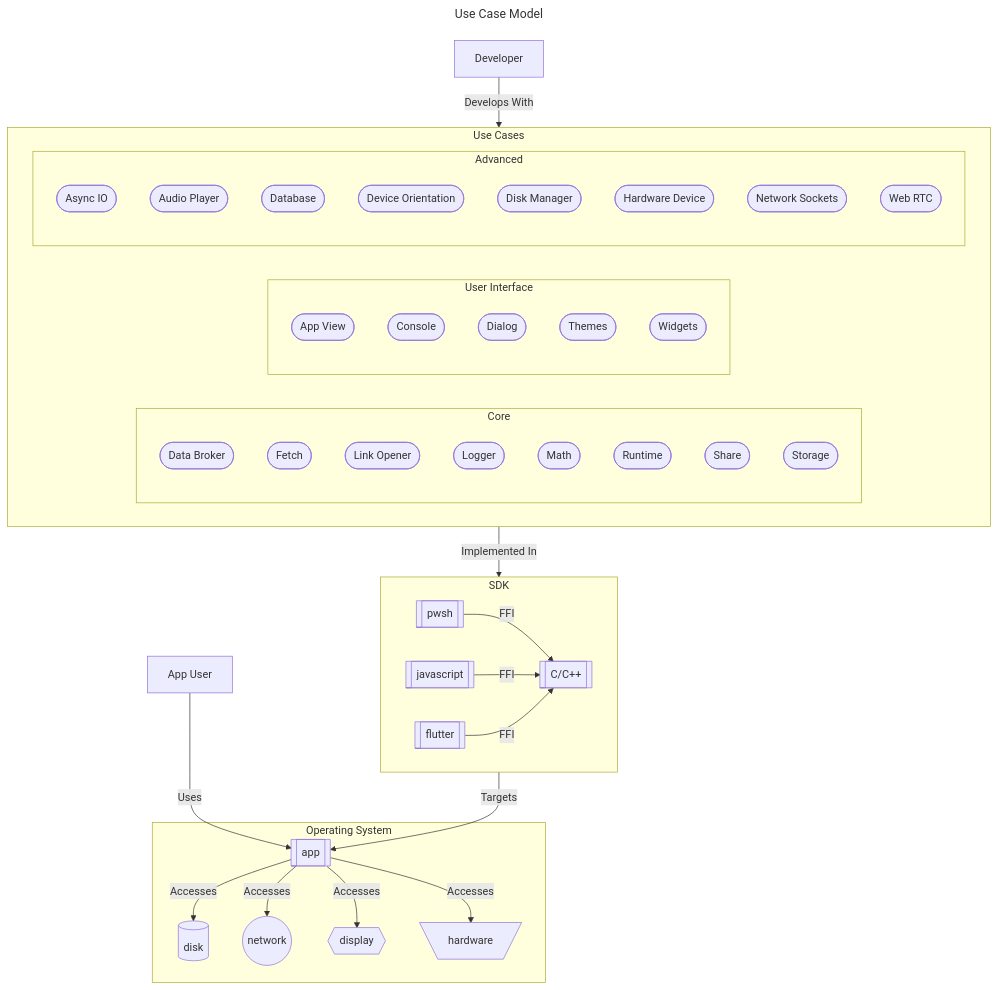
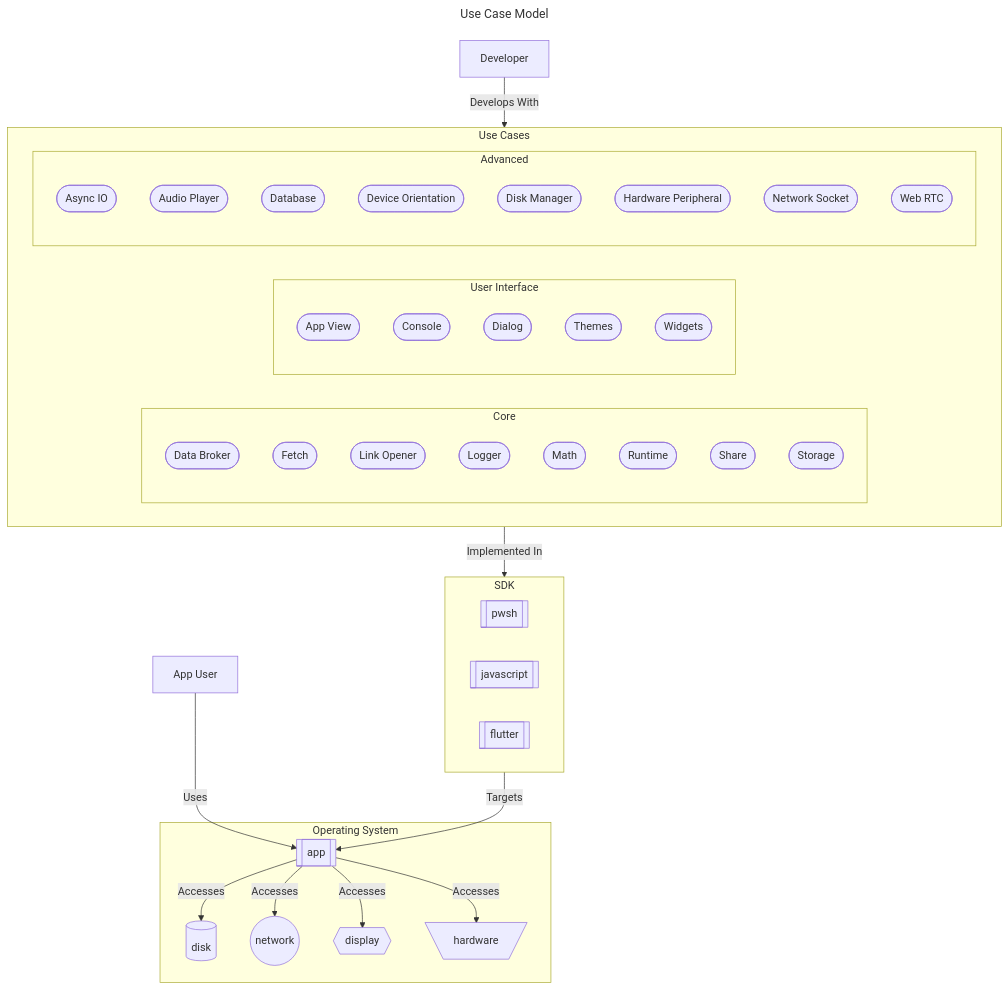
Before and after one commit to CodeMelted/codemelted_developer: the diagram in README.md, drawn with Mermaid. The commit also changed other lines of this file and 9 other files, not shown here.

````diff
--- a/README.md
+++ b/README.md
@@ -37,59 +37,55 @@
 ```mermaid
 ---
 title: Use Case Model
 ---
 flowchart TD
     subgraph ucModel[Use Cases]
         subgraph Core
             ucDataBroker([Data Broker])
             ucFetch([Fetch])
             ucLinkOpener([Link Opener])
             ucLogger([Logger])
             ucMath([Math])
             ucRuntime([Runtime])
             ucShare([Share])
             ucStorage([Storage])
         end
         subgraph User Interface
             ucAppView([App View])
             ucConsole([Console])
             ucDialog([Dialog])
             ucThemes([Themes])
             ucWidgets([Widgets])
         end
         subgraph Advanced
             ucAsyncIO([Async IO])
             ucAudioPlayer([Audio Player])
             ucDatabase([Database])
             ucDeviceOrientation([Device Orientation])
             ucDiskManager([Disk Manager])
-            ucHardwareDevice([Hardware Device])
-            ucNetworkSockets([Network Sockets])
+            ucHardwarePeripheral([Hardware Peripheral])
+            ucNetworkSocket([Network Socket])
             ucWebRTC([Web RTC])
         end
     end
     subgraph sdk[SDK]
         pwsh[[pwsh]]
         javascript[[javascript]]
         flutter[[flutter]]
-        C[[C/C++]]
     end
     subgraph os[Operating System]
         app[[app]]
         disk[(disk)]
         network((network))
         display{{display}}
         hardware[\hardware/]
     end
     Developer--Develops With-->ucModel
-    pwsh--FFI-->C
-    javascript--FFI-->C
-    flutter--FFI-->C
     ucModel--Implemented In-->sdk
     sdk--Targets-->app
     app--Accesses-->disk
     app--Accesses-->network
     app--Accesses-->display
     app--Accesses-->hardware
     appUser[App User]--Uses-->app
 ```
````
